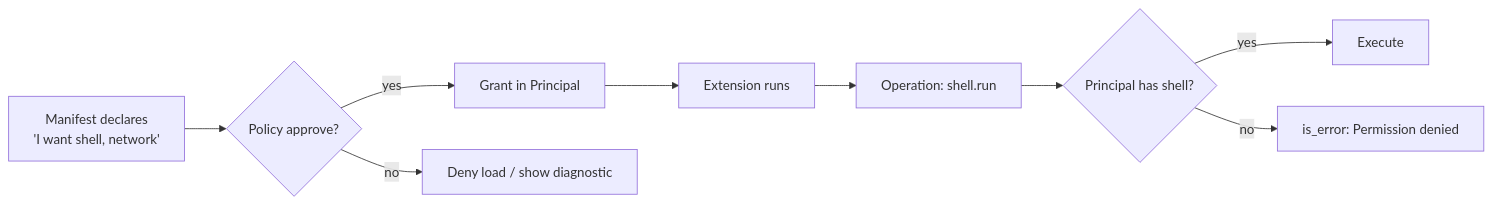
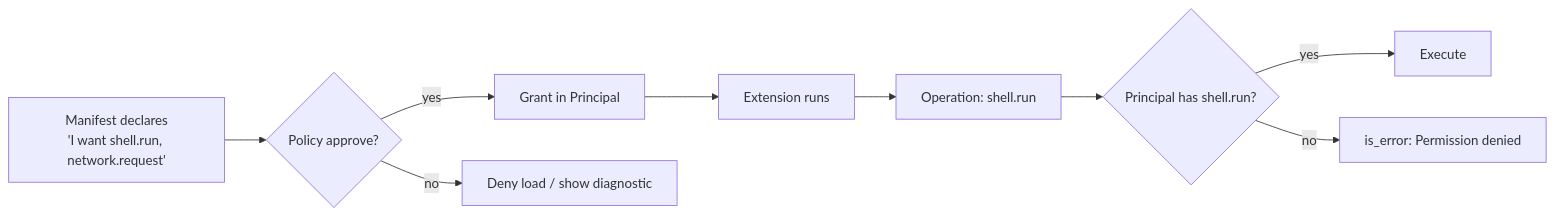
The eighth of 9 diagrams in zig/docs/book/internals/extension-system.md (DaviRain-Su/pi-mono-zig), drawn with Mermaid before and after one commit. The commit also changed other lines of this file and 14 other files, not shown here.

Commit message:
docs: refresh phase 1 extension roadmap

````diff
--- a/zig/docs/book/internals/extension-system.md
+++ b/zig/docs/book/internals/extension-system.md
@@ -402,12 +419,12 @@
 ```mermaid
 flowchart LR
-    M[Manifest declares<br/>'I want shell, network'] --> Host
+    M[Manifest declares<br/>'I want shell.run, network.request'] --> Host
     Host{Policy approve?}
     Host -->|yes| G[Grant in Principal]
     Host -->|no| D[Deny load / show diagnostic]
     G --> Run[Extension runs]
     Run --> Op[Operation: shell.run]
-    Op --> Check{Principal has shell?}
+    Op --> Check{Principal has shell.run?}
     Check -->|yes| Exec[Execute]
     Check -->|no| Reject[is_error: Permission denied]
 ```
````
